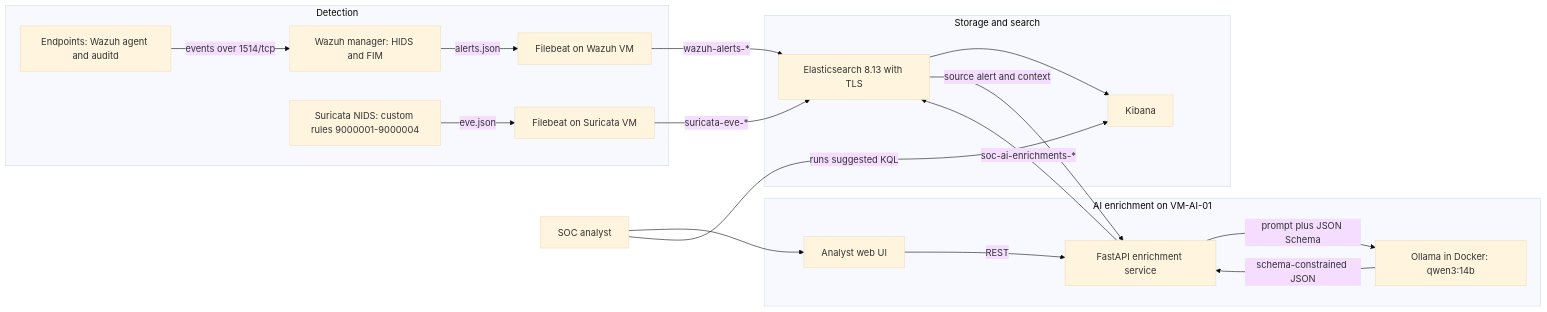
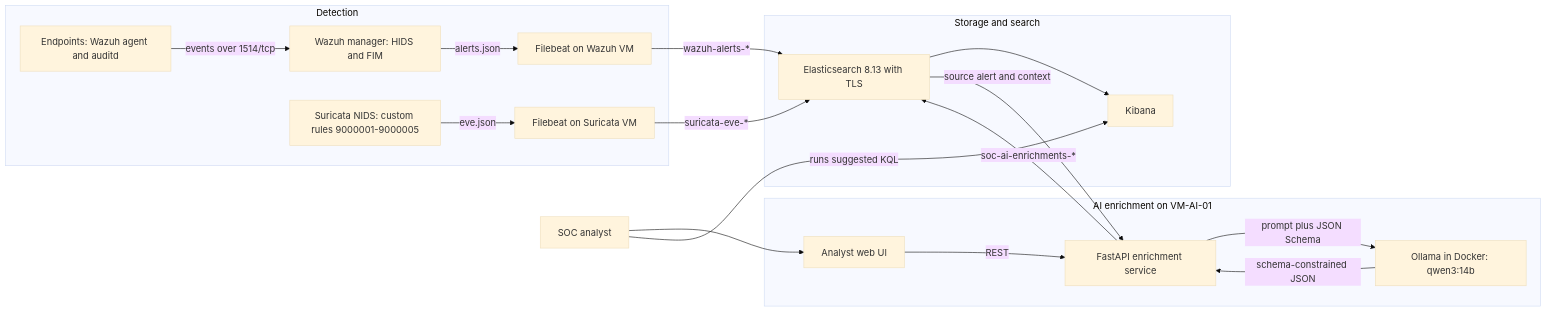
The first of 2 diagrams in README.md (yessineabdelmaksoud/AI-Enhanced-SIEM-Solution), drawn with Mermaid (base theme) before and after one commit. The commit also changed other lines of this file and 6 other files, not shown here.

````diff
--- a/README.md
+++ b/README.md
@@ -75,37 +75,37 @@
 ```mermaid
 flowchart LR
     subgraph DETECT["Detection"]
         EP["Endpoints: Wazuh agent and auditd"]
         WZ["Wazuh manager: HIDS and FIM"]
-        SU["Suricata NIDS: custom rules 9000001-9000004"]
+        SU["Suricata NIDS: custom rules 9000001-9000005"]
         FBW["Filebeat on Wazuh VM"]
         FBS["Filebeat on Suricata VM"]
     end
 
     subgraph SIEM["Storage and search"]
         ES["Elasticsearch 8.13 with TLS"]
         KB["Kibana"]
     end
 
     subgraph AIZONE["AI enrichment on VM-AI-01"]
         API["FastAPI enrichment service"]
         OL["Ollama in Docker: qwen3:14b"]
         UI["Analyst web UI"]
     end
 
     ANALYST["SOC analyst"]
 
     EP -->|"events over 1514/tcp"| WZ
     WZ -->|"alerts.json"| FBW
     SU -->|"eve.json"| FBS
     FBW -->|"wazuh-alerts-*"| ES
     FBS -->|"suricata-eve-*"| ES
     ES --> KB
     ES -->|"source alert and context"| API
     API -->|"prompt plus JSON Schema"| OL
     OL -->|"schema-constrained JSON"| API
     API -->|"soc-ai-enrichments-*"| ES
     UI -->|"REST"| API
     ANALYST --> UI
     ANALYST -->|"runs suggested KQL"| KB
 ```
````
